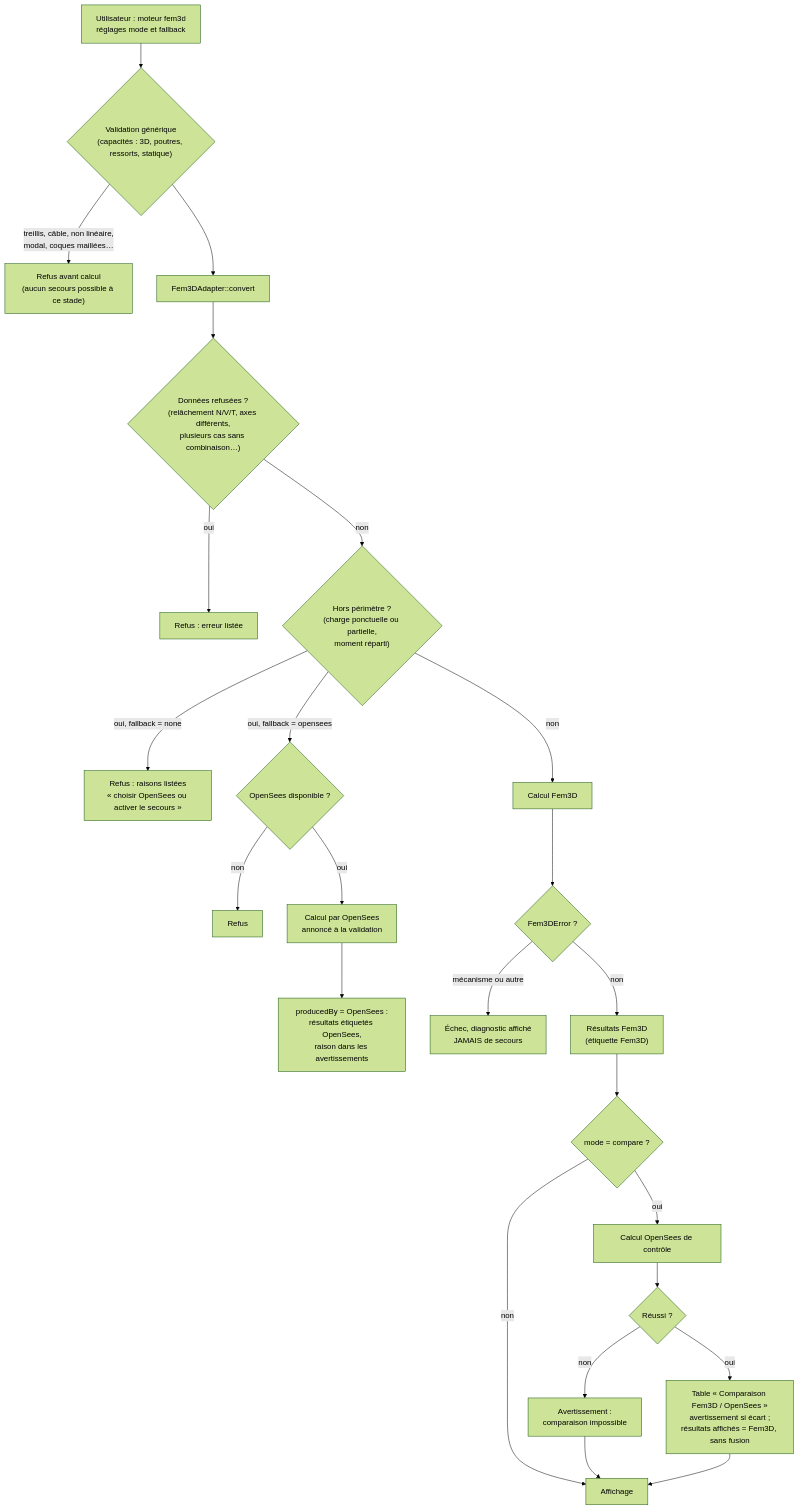
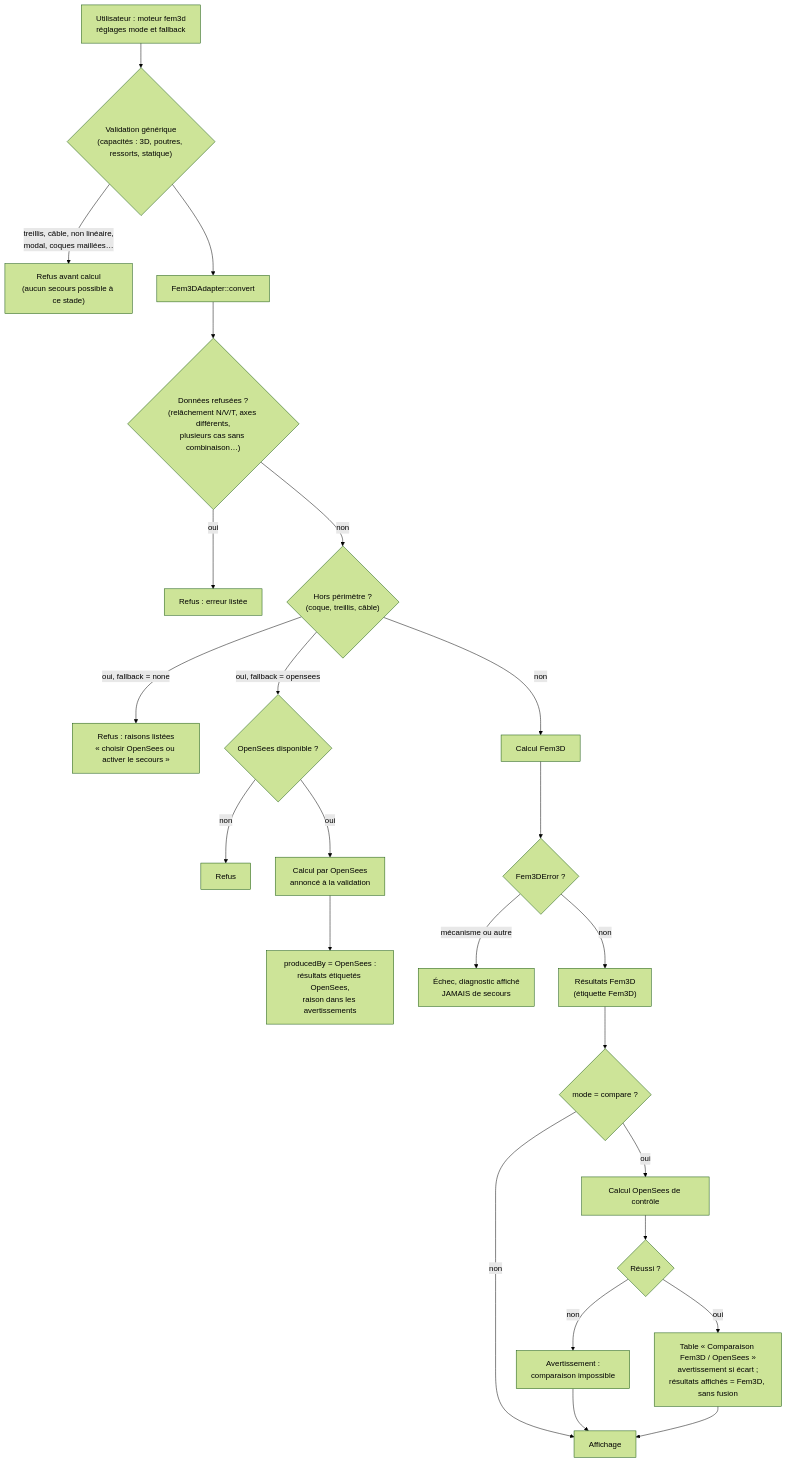
Before and after one commit to ChristinotLeonnel/TSA-3D-FEM-Engine: the diagram in docs/diagrams/selection-moteur-tsa.md, drawn with Mermaid (forest theme). The commit also changed 81 other files, not shown here.

````diff
--- a/docs/diagrams/selection-moteur-tsa.md
+++ b/docs/diagrams/selection-moteur-tsa.md
@@ -8,25 +8,25 @@
 ```mermaid
 flowchart TD
     U["Utilisateur : moteur fem3d<br/>réglages mode et fallback"] --> G{"Validation générique<br/>(capacités : 3D, poutres, ressorts, statique)"}
     G -->|"treillis, câble, non linéaire,<br/>modal, coques maillées…"| R0["Refus avant calcul<br/>(aucun secours possible à ce stade)"]
     G --> C["Fem3DAdapter::convert"]
     C --> E{"Données refusées ?<br/>(relâchement N/V/T, axes différents,<br/>plusieurs cas sans combinaison…)"}
     E -->|"oui"| R1["Refus : erreur listée"]
-    E -->|"non"| O{"Hors périmètre ?<br/>(charge ponctuelle ou partielle,<br/>moment réparti)"}
+    E -->|"non"| O{"Hors périmètre ?<br/>(coque, treillis, câble)"}
     O -->|"oui, fallback = none"| R2["Refus : raisons listées<br/>« choisir OpenSees ou activer le secours »"]
     O -->|"oui, fallback = opensees"| AV{"OpenSees disponible ?"}
     AV -->|"non"| R3["Refus"]
     AV -->|"oui"| FB["Calcul par OpenSees<br/>annoncé à la validation"]
     FB --> PB["producedBy = OpenSees :<br/>résultats étiquetés OpenSees,<br/>raison dans les avertissements"]
     O -->|"non"| F3["Calcul Fem3D"]
     F3 --> ME{"Fem3DError ?"}
     ME -->|"mécanisme ou autre"| R4["Échec, diagnostic affiché<br/>JAMAIS de secours"]
     ME -->|"non"| MR["Résultats Fem3D<br/>(étiquette Fem3D)"]
     MR --> CM{"mode = compare ?"}
     CM -->|"non"| END["Affichage"]
     CM -->|"oui"| OSR["Calcul OpenSees de contrôle"]
     OSR --> OSK{"Réussi ?"}
     OSK -->|"non"| WC["Avertissement :<br/>comparaison impossible"]
     OSK -->|"oui"| TAB["Table « Comparaison Fem3D / OpenSees »<br/>avertissement si écart ;<br/>résultats affichés = Fem3D, sans fusion"]
     WC & TAB --> END
 ```
````
